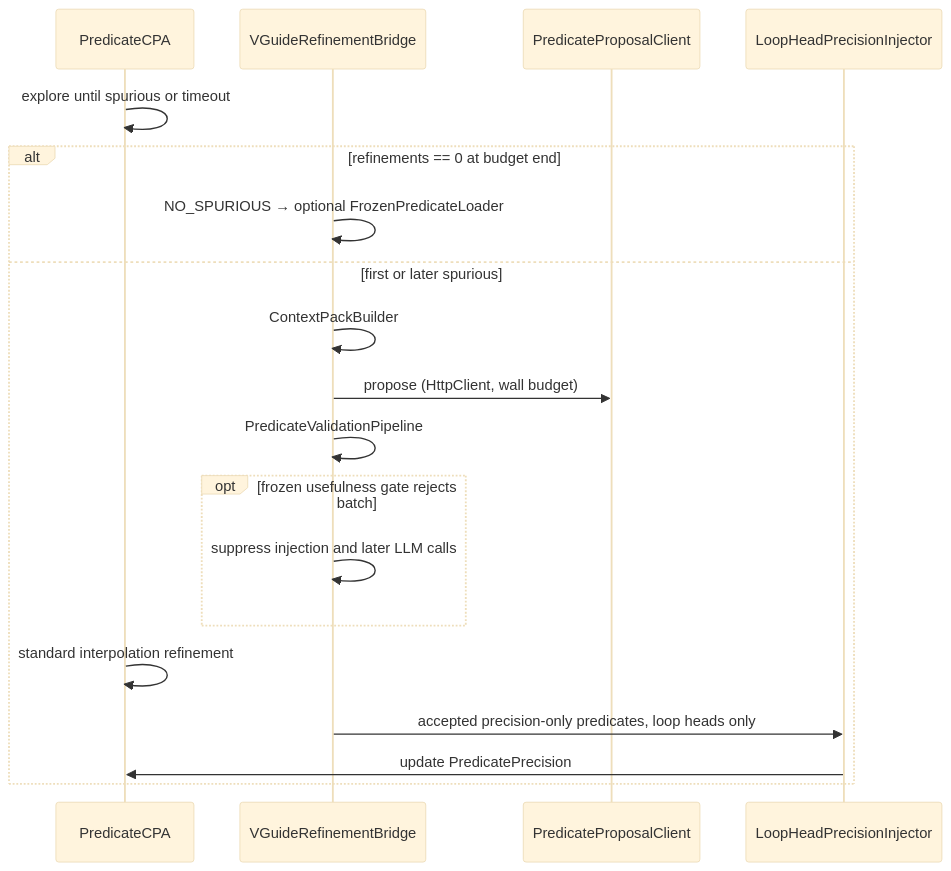
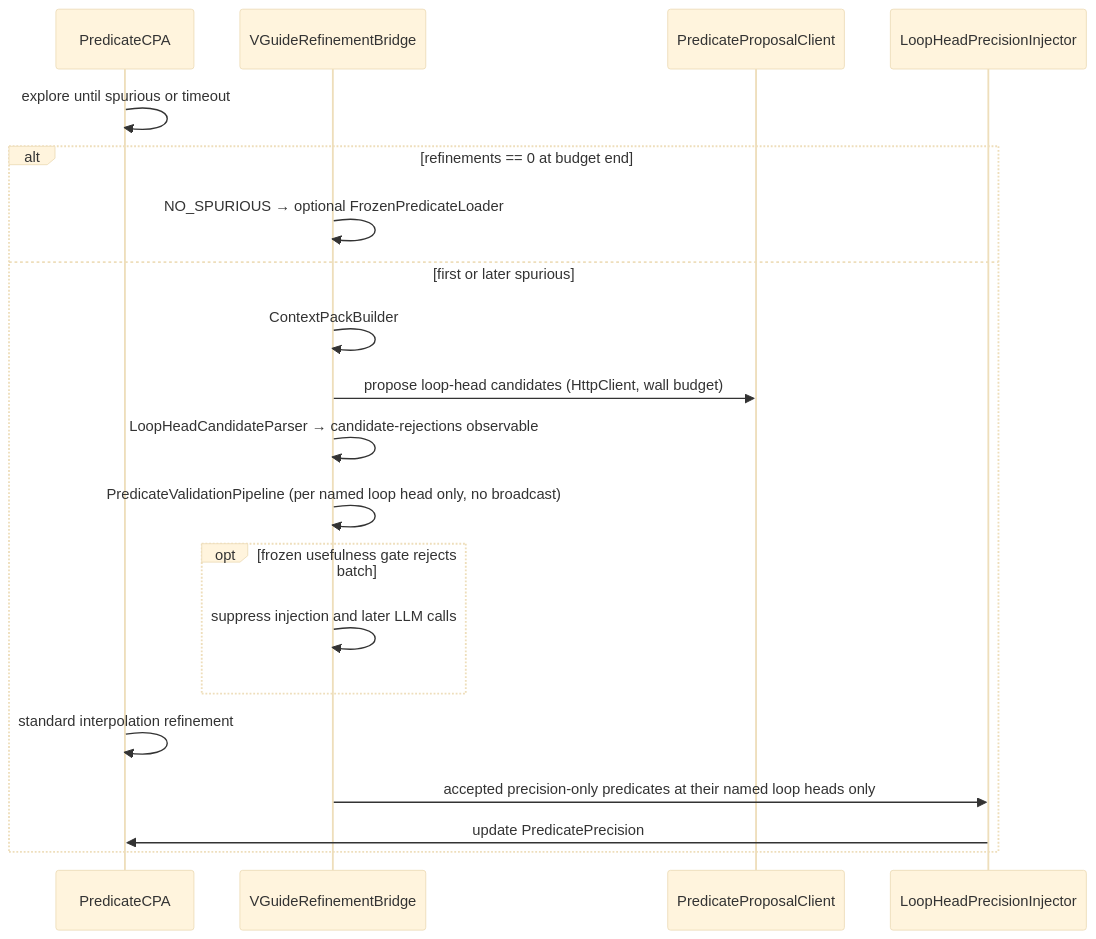
One commit to swear01/cpachecker changed the diagram in docs/vguided-cegar/architecture/UNIFIED_VGUIDE_ARCHITECTURE.md. Above: the diagram before and after it, drawn with Mermaid (base theme). The commit also changed other lines of this file and 19 other files, not shown here.

````diff
--- a/docs/vguided-cegar/architecture/UNIFIED_VGUIDE_ARCHITECTURE.md
+++ b/docs/vguided-cegar/architecture/UNIFIED_VGUIDE_ARCHITECTURE.md
@@ -36,22 +37,23 @@
 ```mermaid
 sequenceDiagram
   participant CPA as PredicateCPA
   participant Br as VGuideRefinementBridge
   participant LLM as PredicateProposalClient
   participant Inj as LoopHeadPrecisionInjector
 
   CPA->>CPA: explore until spurious or timeout
   alt refinements == 0 at budget end
     Br->>Br: NO_SPURIOUS → optional FrozenPredicateLoader
   else first or later spurious
     Br->>Br: ContextPackBuilder
-    Br->>LLM: propose (HttpClient, wall budget)
-    Br->>Br: PredicateValidationPipeline
+    Br->>LLM: propose loop-head candidates (HttpClient, wall budget)
+    Br->>Br: LoopHeadCandidateParser → candidate-rejections observable
+    Br->>Br: PredicateValidationPipeline (per named loop head only, no broadcast)
     opt frozen usefulness gate rejects batch
       Br->>Br: suppress injection and later LLM calls
     end
     CPA->>CPA: standard interpolation refinement
-    Br->>Inj: accepted precision-only predicates, loop heads only
+    Br->>Inj: accepted precision-only predicates at their named loop heads only
     Inj->>CPA: update PredicatePrecision
   end
 ```
````
